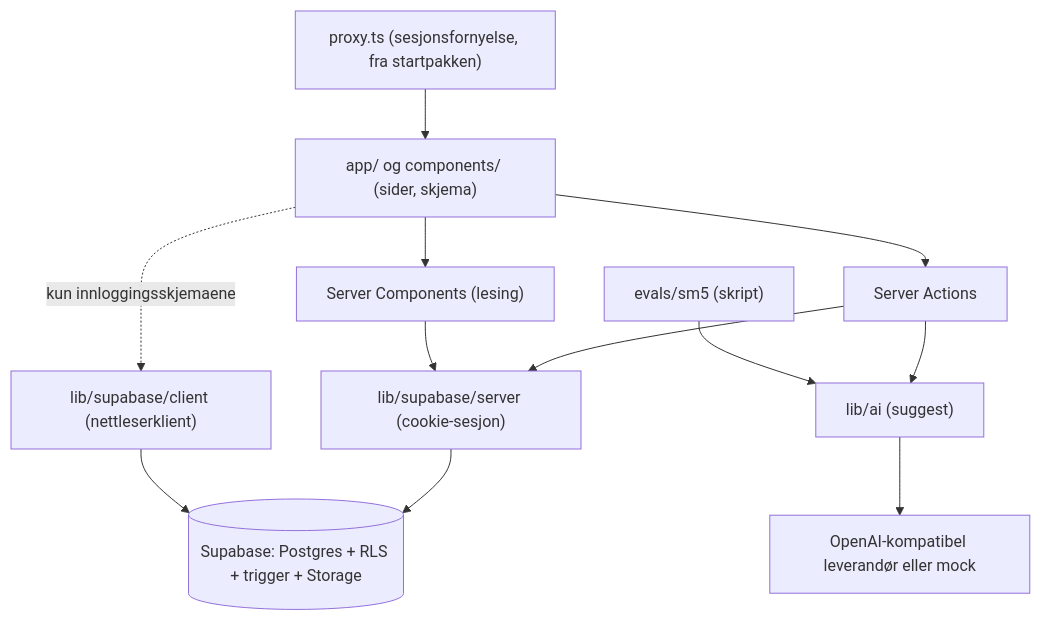
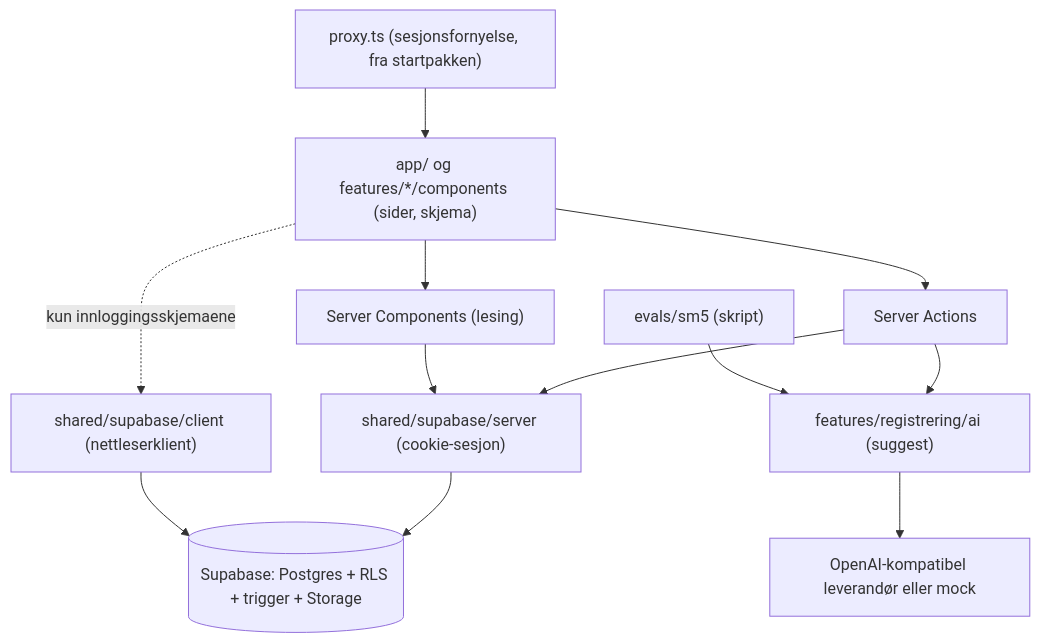
One commit to IBE160-2026/G80-abdulla changed the first of 3 diagrams in docs/planning-artifacts/architecture/architecture-LocalFix-2026-10-28/ARCHITECTURE-SPINE.md. Above: the diagram before and after it, drawn with Mermaid. The commit also changed other lines of this file and 7 other files, not shown here.

````diff
--- a/docs/planning-artifacts/architecture/architecture-LocalFix-2026-10-28/ARCHITECTURE-SPINE.md
+++ b/docs/planning-artifacts/architecture/architecture-LocalFix-2026-10-28/ARCHITECTURE-SPINE.md
@@ -35,14 +35,14 @@
 ```mermaid
 graph TD
   PX["proxy.ts (sesjonsfornyelse, fra startpakken)"] --> UI
-  UI["app/ og components/ (sider, skjema)"] --> ACT["Server Actions"]
+  UI["app/ og features/*/components (sider, skjema)"] --> ACT["Server Actions"]
   UI --> RD["Server Components (lesing)"]
-  UI -.->|"kun innloggingsskjemaene"| BC["lib/supabase/client (nettleserklient)"]
-  ACT --> SB["lib/supabase/server (cookie-sesjon)"]
+  UI -.->|"kun innloggingsskjemaene"| BC["shared/supabase/client (nettleserklient)"]
+  ACT --> SB["shared/supabase/server (cookie-sesjon)"]
   RD --> SB
-  ACT --> AI["lib/ai (suggest)"]
+  ACT --> AI["features/registrering/ai (suggest)"]
   SB --> DB[("Supabase: Postgres + RLS + trigger + Storage")]
   BC --> DB
   AI --> EXT["OpenAI-kompatibel leverandør eller mock"]
   SM5["evals/sm5 (skript)"] --> AI
 ```
````
